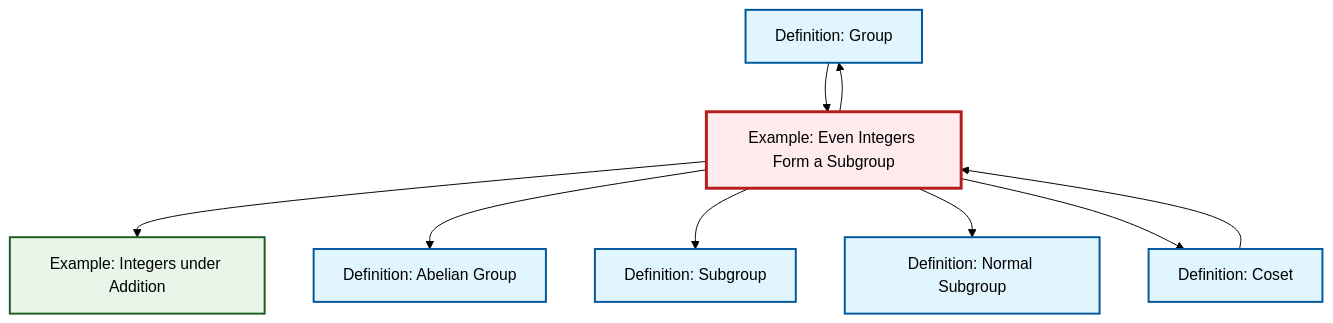
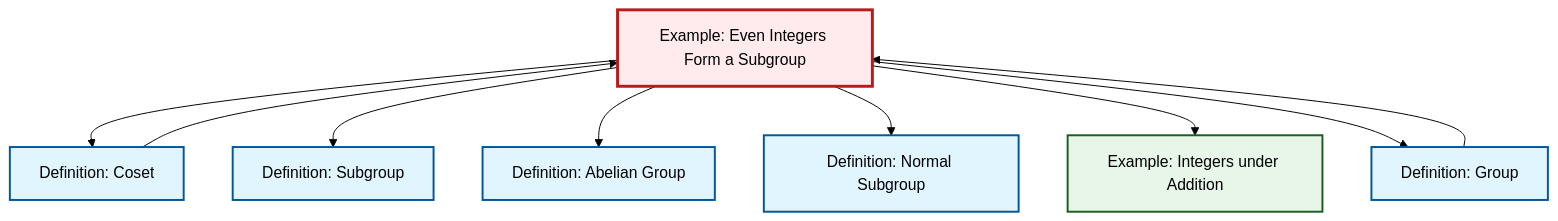
Before and after one commit to RK0429/ModernMath: the diagram in output/mermaid/ex-even-integers-subgroup.mermaid, drawn with Mermaid (forest theme). The commit also changed other lines of this file and 554 other files, not shown here.

```diff
--- a/output/mermaid/ex-even-integers-subgroup.mermaid
+++ b/output/mermaid/ex-even-integers-subgroup.mermaid
@@ -1,23 +1,23 @@
 %%| fig-cap: "Local dependency graph"
 graph TD
     classDef definition fill:#e1f5fe,stroke:#01579b,stroke-width:2px
     classDef theorem fill:#f3e5f5,stroke:#4a148c,stroke-width:2px
     classDef axiom fill:#fff3e0,stroke:#e65100,stroke-width:2px
     classDef example fill:#e8f5e9,stroke:#1b5e20,stroke-width:2px
     classDef current fill:#ffebee,stroke:#b71c1c,stroke-width:3px
+    ex-even-integers-subgroup["Example: Even Integers Form a Subgroup"]:::example
     def-abelian-group["Definition: Abelian Group"]:::definition
+    def-subgroup["Definition: Subgroup"]:::definition
+    ex-integers-addition["Example: Integers under Addition"]:::example
+    def-group["Definition: Group"]:::definition
     def-normal-subgroup["Definition: Normal Subgroup"]:::definition
-    def-group["Definition: Group"]:::definition
-    def-subgroup["Definition: Subgroup"]:::definition
-    ex-even-integers-subgroup["Example: Even Integers Form a Subgroup"]:::example
-    ex-integers-addition["Example: Integers under Addition"]:::example
     def-coset["Definition: Coset"]:::definition
+    ex-even-integers-subgroup --> def-coset
+    def-coset --> ex-even-integers-subgroup
+    ex-even-integers-subgroup --> def-subgroup
+    def-group --> ex-even-integers-subgroup
+    ex-even-integers-subgroup --> def-abelian-group
+    ex-even-integers-subgroup --> def-normal-subgroup
     ex-even-integers-subgroup --> ex-integers-addition
-    def-coset --> ex-even-integers-subgroup
-    ex-even-integers-subgroup --> def-abelian-group
-    ex-even-integers-subgroup --> def-subgroup
-    ex-even-integers-subgroup --> def-normal-subgroup
     ex-even-integers-subgroup --> def-group
-    ex-even-integers-subgroup --> def-coset
-    def-group --> ex-even-integers-subgroup
     class ex-even-integers-subgroup current
```
